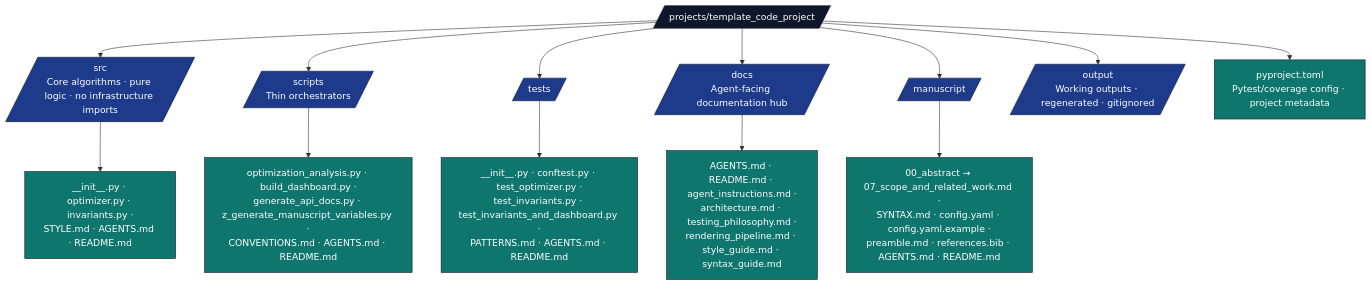
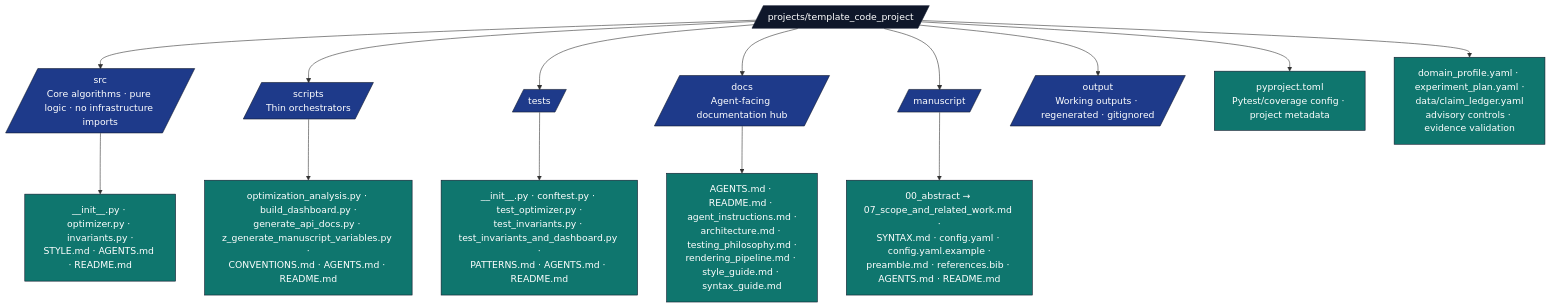
The diagram in projects/template_code_project/AGENTS.md (docxology/template), drawn with Mermaid before and after one commit. The commit also changed other lines of this file and 482 other files, not shown here.

````diff
--- a/projects/template_code_project/AGENTS.md
+++ b/projects/template_code_project/AGENTS.md
@@ -50,24 +50,25 @@
 ```mermaid
 flowchart TB
     P[/projects/template_code_project/]
     P --> SRC[/src<br/>Core algorithms · pure logic · no infrastructure imports/]
     P --> SC[/scripts<br/>Thin orchestrators/]
     P --> T[/tests/]
     P --> DOCS[/docs<br/>Agent-facing documentation hub/]
     P --> M[/manuscript/]
     P --> OUT[/output<br/>Working outputs · regenerated · gitignored/]
     P --> PY[pyproject.toml<br/>Pytest/coverage config · project metadata]
+    P --> DP[domain_profile.yaml · experiment_plan.yaml ·<br/>data/claim_ledger.yaml<br/>advisory controls · evidence validation]
 
     SRC --> SRC_F[__init__.py · optimizer.py · invariants.py ·<br/>STYLE.md · AGENTS.md · README.md]
     SC --> SC_F[optimization_analysis.py · build_dashboard.py ·<br/>generate_api_docs.py · z_generate_manuscript_variables.py ·<br/>CONVENTIONS.md · AGENTS.md · README.md]
     T --> T_F[__init__.py · conftest.py · test_optimizer.py ·<br/>test_invariants.py · test_invariants_and_dashboard.py ·<br/>PATTERNS.md · AGENTS.md · README.md]
     DOCS --> DOCS_F[AGENTS.md · README.md · agent_instructions.md ·<br/>architecture.md · testing_philosophy.md ·<br/>rendering_pipeline.md · style_guide.md · syntax_guide.md]
     M --> M_F[00_abstract → 07_scope_and_related_work.md ·<br/>SYNTAX.md · config.yaml · config.yaml.example ·<br/>preamble.md · references.bib · AGENTS.md · README.md]
 
     classDef d fill:#0f172a,stroke:#0f172a,color:#fff
     classDef pkg fill:#1e3a8a,stroke:#0f172a,color:#fff
     classDef f fill:#0f766e,stroke:#0f172a,color:#fff
     class P d
     class SRC,SC,T,DOCS,M,OUT pkg
-    class SRC_F,SC_F,T_F,DOCS_F,M_F,PY f
+    class SRC_F,SC_F,T_F,DOCS_F,M_F,PY,DP f
 ```
````
